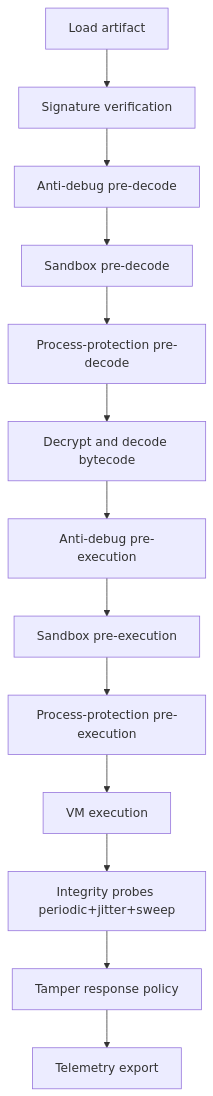
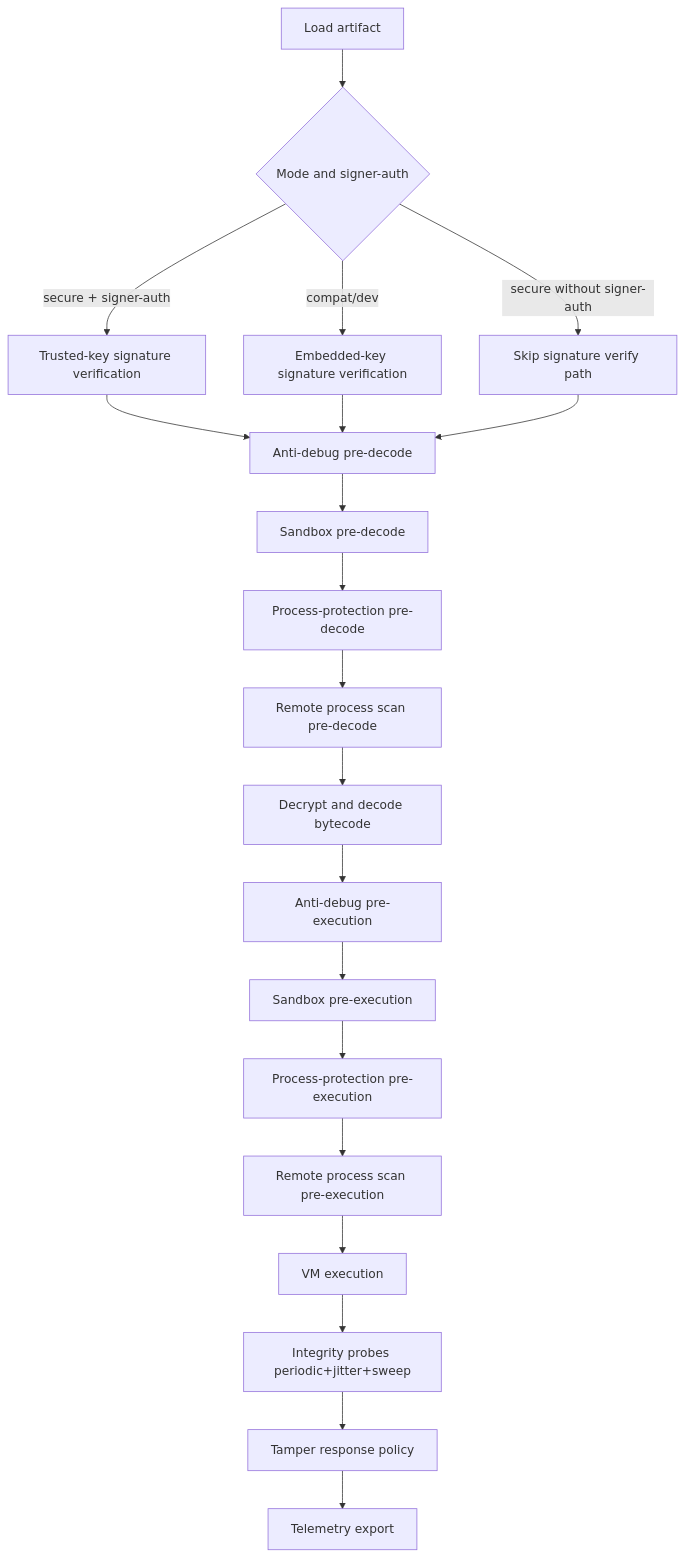
Before and after one commit to aoiflux/mutant: the first of 6 diagrams in docs/SECURITY_DIAGRAMS.md, drawn with Mermaid. The commit also changed 15 other files, not shown here.

````diff
--- a/docs/SECURITY_DIAGRAMS.md
+++ b/docs/SECURITY_DIAGRAMS.md
@@ -5,15 +5,22 @@
 ```mermaid
 flowchart TD
-    A[Load artifact] --> B[Signature verification]
-    B --> C[Anti-debug pre-decode]
-    C --> D[Sandbox pre-decode]
-    D --> E[Process-protection pre-decode]
-    E --> F[Decrypt and decode bytecode]
-    F --> G[Anti-debug pre-execution]
-    G --> H[Sandbox pre-execution]
-    H --> I[Process-protection pre-execution]
-    I --> J[VM execution]
-    J --> K[Integrity probes periodic+jitter+sweep]
-    K --> L[Tamper response policy]
-    L --> M[Telemetry export]
+    A[Load artifact] --> B{Mode and signer-auth}
+    B -->|secure + signer-auth| C[Trusted-key signature verification]
+    B -->|compat/dev| D[Embedded-key signature verification]
+    B -->|secure without signer-auth| E[Skip signature verify path]
+    C --> F[Anti-debug pre-decode]
+    D --> F
+    E --> F
+    F --> G[Sandbox pre-decode]
+    G --> H[Process-protection pre-decode]
+    H --> I[Remote process scan pre-decode]
+    I --> J[Decrypt and decode bytecode]
+    J --> K[Anti-debug pre-execution]
+    K --> L[Sandbox pre-execution]
+    L --> M[Process-protection pre-execution]
+    M --> N[Remote process scan pre-execution]
+    N --> O[VM execution]
+    O --> P[Integrity probes periodic+jitter+sweep]
+    P --> Q[Tamper response policy]
+    Q --> R[Telemetry export]
 ```
````
